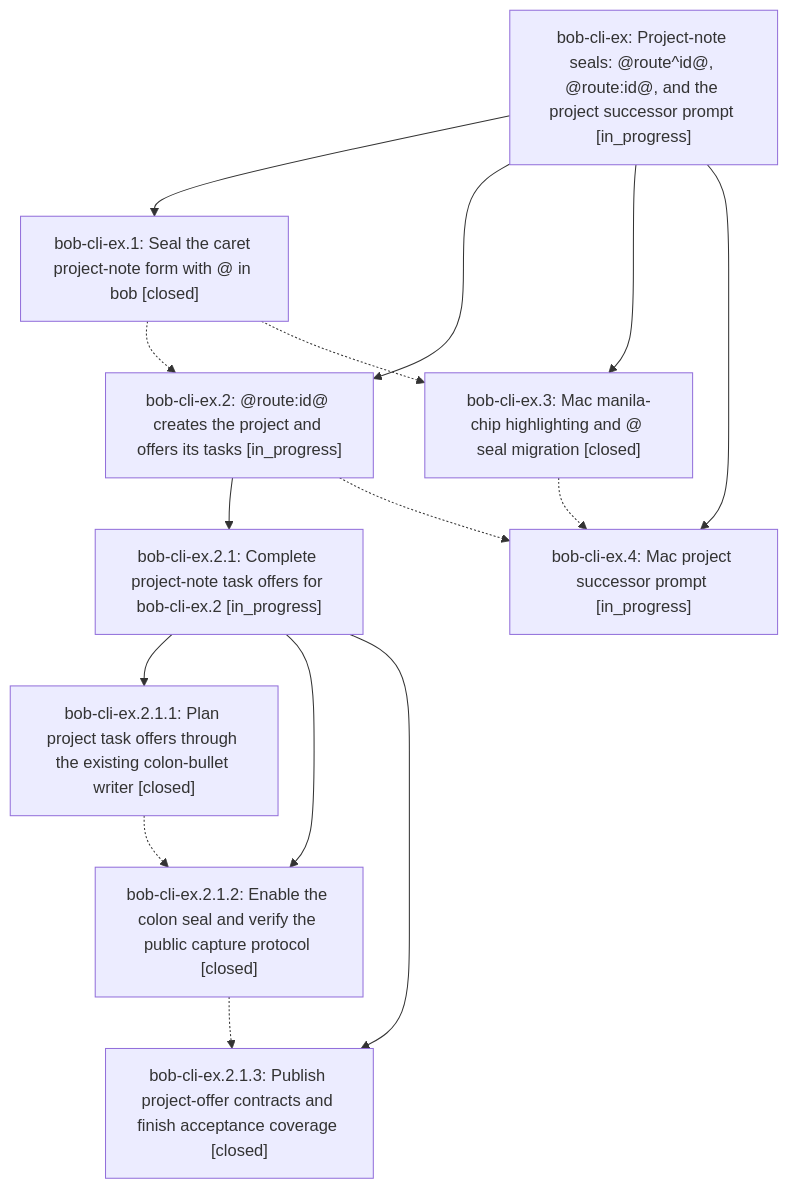
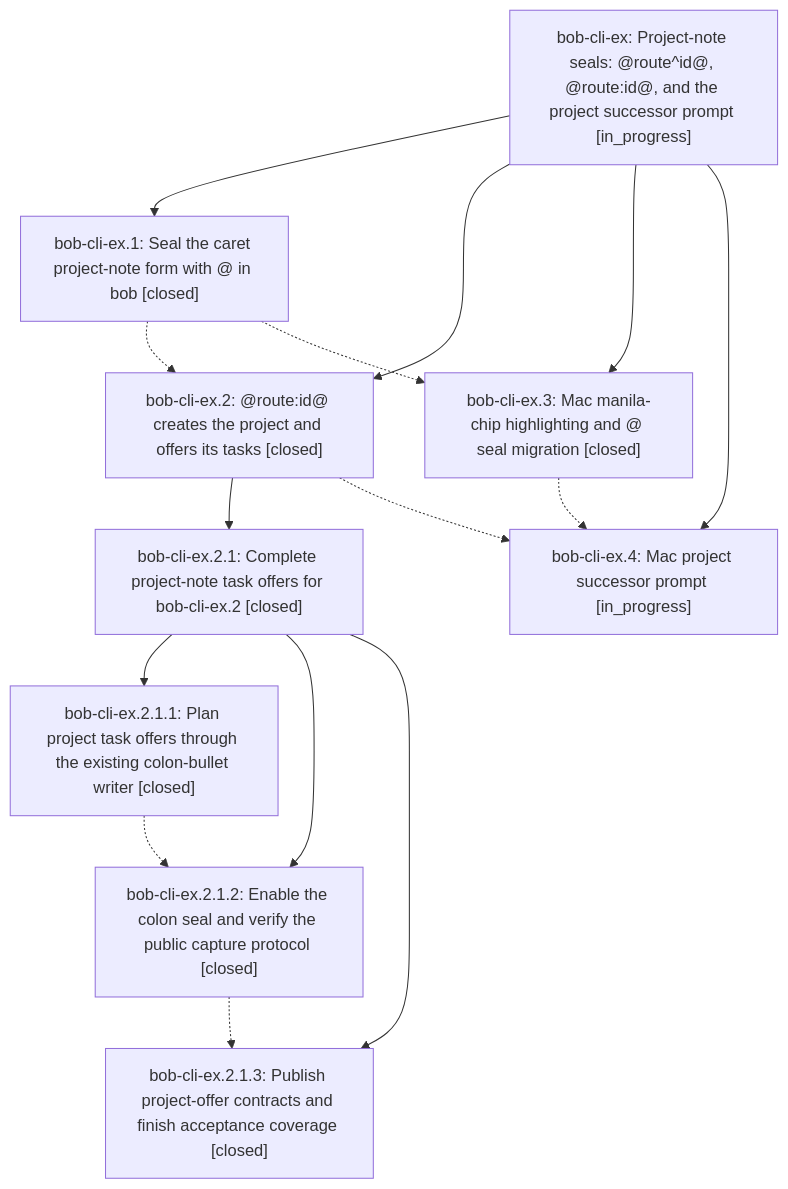
One commit to bobs-org/bob-cli--beads changed the diagram in pages/bob-cli-ex/README.md. Above: the diagram before and after it, drawn with Mermaid. The commit also changed other lines of this file and 7 other files, not shown here.

First line of the commit message:
chore(beads): sync bead state and pages for bob-cli-ex

````diff
--- a/pages/bob-cli-ex/README.md
+++ b/pages/bob-cli-ex/README.md
@@ -37,26 +37,26 @@
 ```mermaid
 flowchart TD
     n0["bob-cli-ex: Project-note seals: @route^id@, @route:id@, and the project successor prompt [in_progress]"]
     n1["bob-cli-ex.1: Seal the caret project-note form with @ in bob [closed]"]
-    n2["bob-cli-ex.2: @route:id@ creates the project and offers its tasks [in_progress]"]
-    n3["bob-cli-ex.2.1: Complete project-note task offers for bob-cli-ex.2 [in_progress]"]
+    n2["bob-cli-ex.2: @route:id@ creates the project and offers its tasks [closed]"]
+    n3["bob-cli-ex.2.1: Complete project-note task offers for bob-cli-ex.2 [closed]"]
     n4["bob-cli-ex.2.1.1: Plan project task offers through the existing colon-bullet writer [closed]"]
     n5["bob-cli-ex.2.1.2: Enable the colon seal and verify the public capture protocol [closed]"]
     n6["bob-cli-ex.2.1.3: Publish project-offer contracts and finish acceptance coverage [closed]"]
     n7["bob-cli-ex.3: Mac manila-chip highlighting and @ seal migration [closed]"]
     n8["bob-cli-ex.4: Mac project successor prompt [in_progress]"]
     n0 --> n1
     n0 --> n2
     n2 --> n3
     n3 --> n4
     n3 --> n5
     n3 --> n6
     n0 --> n7
     n0 --> n8
     n1 -.-> n2
     n1 -.-> n7
     n2 -.-> n8
     n4 -.-> n5
     n5 -.-> n6
     n7 -.-> n8
 ```
````
